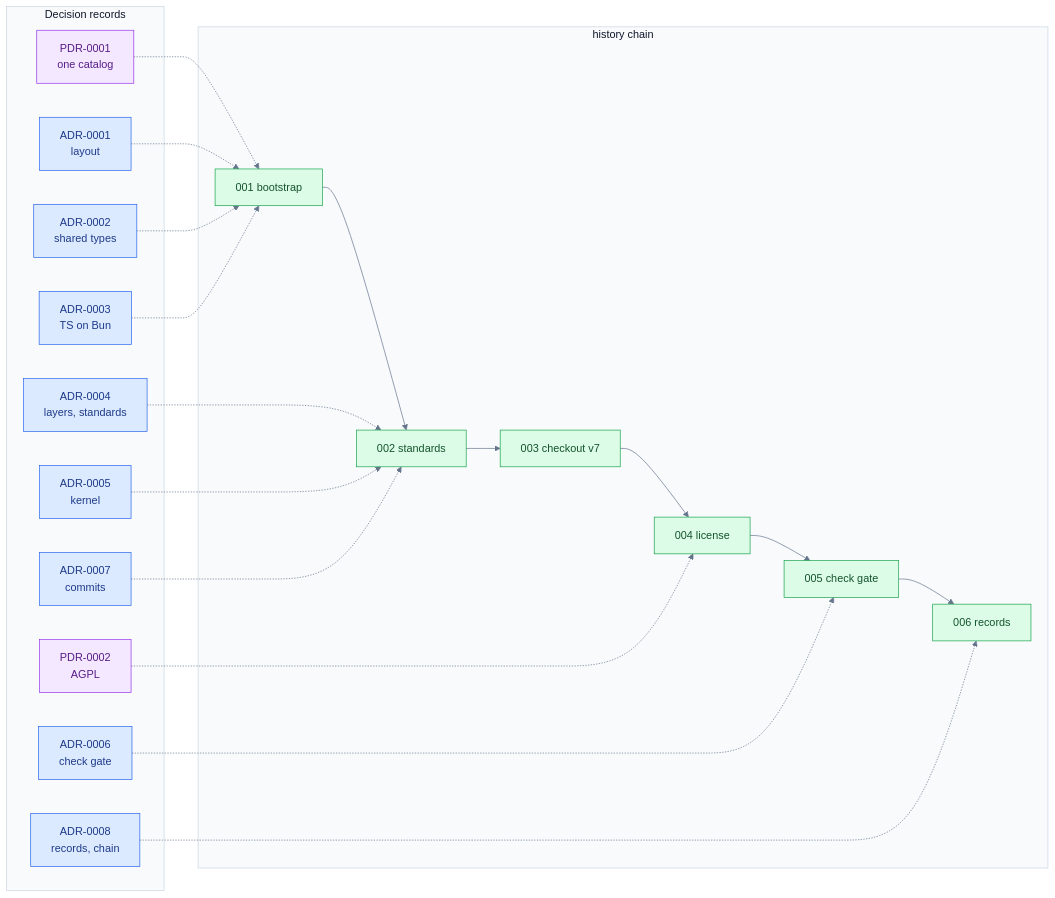
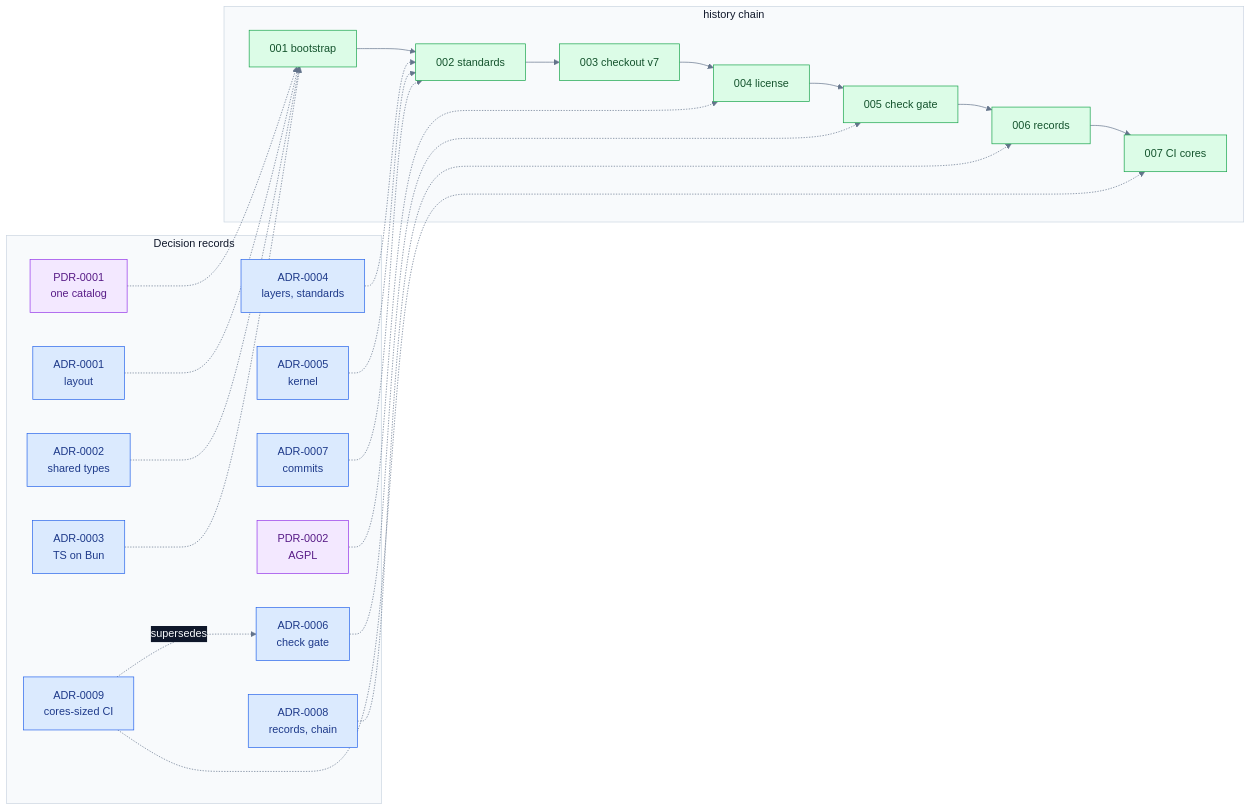
Before and after one commit to arafathusayn/cc-mods: the diagram in kb/INDEX.md, drawn with Mermaid. The commit also changed other lines of this file and 5 other files, not shown here.

````diff
--- a/kb/INDEX.md
+++ b/kb/INDEX.md
@@ -22,37 +23,41 @@
 ```mermaid
 %%{init: {"theme":"base","themeVariables":{"fontFamily":"Inter, ui-sans-serif, system-ui, sans-serif","lineColor":"#64748b","edgeLabelBackground":"#0f172a","clusterBkg":"#f8fafc","clusterBorder":"#cbd5e1","titleColor":"#0f172a"}}}%%
 flowchart LR
   subgraph records ["Decision records"]
     P1["PDR-0001<br>one catalog"]:::purple
     A1["ADR-0001<br>layout"]:::blue
     A2["ADR-0002<br>shared types"]:::blue
     A3["ADR-0003<br>TS on Bun"]:::blue
     A4["ADR-0004<br>layers, standards"]:::blue
     A5["ADR-0005<br>kernel"]:::blue
     A7["ADR-0007<br>commits"]:::blue
     P2["PDR-0002<br>AGPL"]:::purple
     A6["ADR-0006<br>check gate"]:::blue
     A8["ADR-0008<br>records, chain"]:::blue
+    A9["ADR-0009<br>cores-sized CI"]:::blue
   end
   subgraph history ["history chain"]
     H1["001 bootstrap"]:::green --> H2["002 standards"]:::green
     H2 --> H3["003 checkout v7"]:::green
     H3 --> H4["004 license"]:::green
     H4 --> H5["005 check gate"]:::green
     H5 --> H6["006 records"]:::green
+    H6 --> H7["007 CI cores"]:::green
   end
   P1 -.-> H1
   A1 -.-> H1
   A2 -.-> H1
   A3 -.-> H1
   A4 -.-> H2
   A5 -.-> H2
   A7 -.-> H2
   P2 -.-> H4
   A6 -.-> H5
   A8 -.-> H6
+  A9 -.-> H7
+  A9 -.->|"supersedes"| A6
   classDef green fill:#dcfce7,stroke:#16a34a,color:#14532d
   classDef blue fill:#dbeafe,stroke:#2563eb,color:#1e3a8a
   classDef purple fill:#f3e8ff,stroke:#9333ea,color:#581c87
   linkStyle default stroke:#64748b,color:#f8fafc
 ```
````
